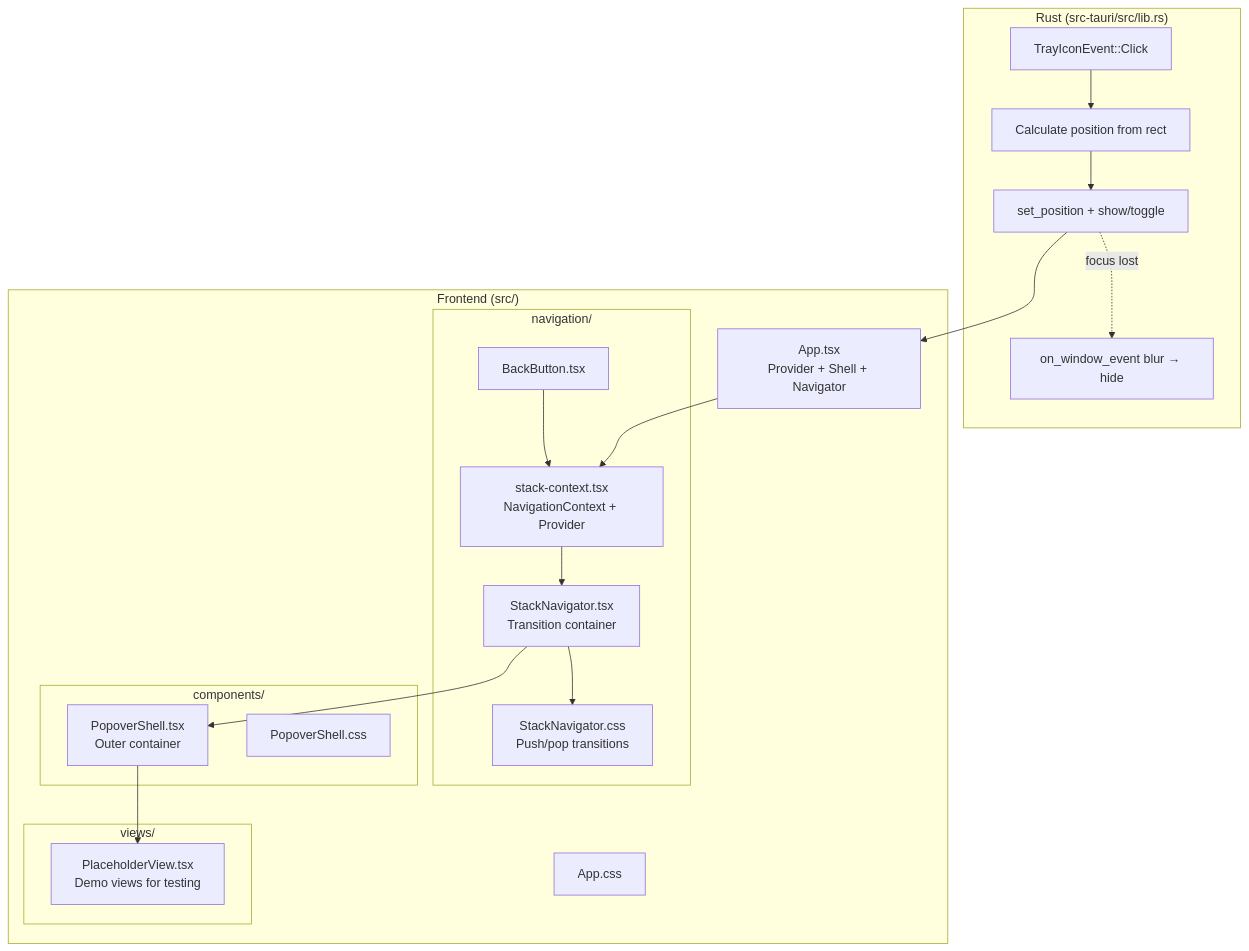
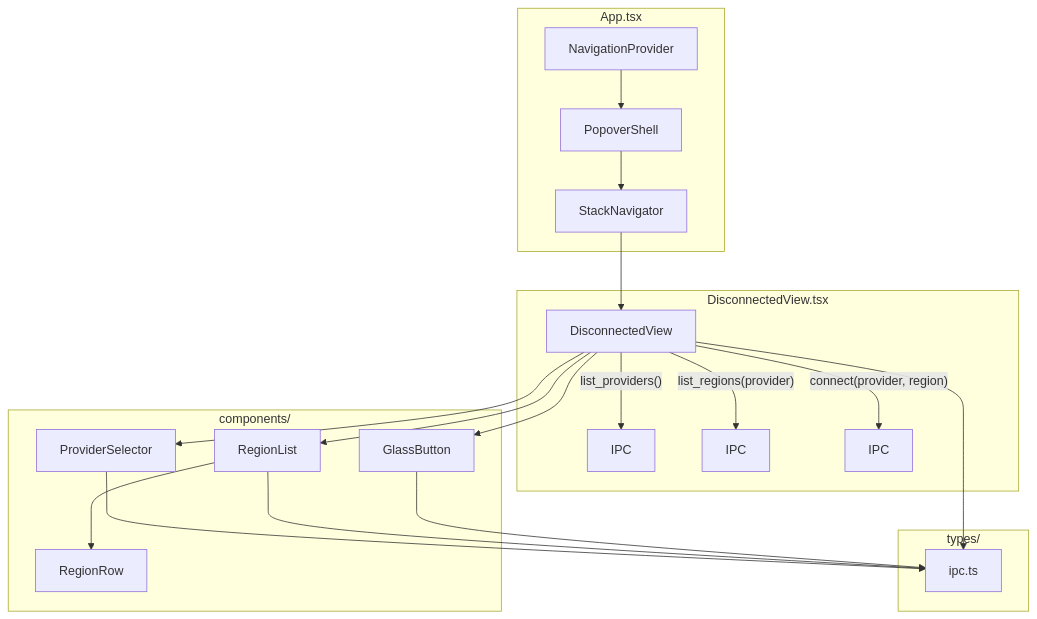
The diagram in PLAN.md (saemanas/oh-my-vpn), drawn with Mermaid before and after one commit. The commit also changed other lines of this file and 3 other files, not shown here.

First line of the commit message:
feat(ui): add M5.2 disconnected view plan and fix upstream inconsistencies

````diff
--- a/PLAN.md
+++ b/PLAN.md
@@ -62,37 +57,36 @@
 ```mermaid
 flowchart TD
-    subgraph rust["Rust (src-tauri/src/lib.rs)"]
-        TRAY[TrayIconEvent::Click]
-        POS[Calculate position from rect]
-        WIN[set_position + show/toggle]
-        BLUR[on_window_event blur → hide]
-        TRAY --> POS --> WIN
-        WIN -.->|focus lost| BLUR
+    subgraph App["App.tsx"]
+        NP[NavigationProvider]
+        PS[PopoverShell]
+        SN[StackNavigator]
     end
 
-    subgraph frontend["Frontend (src/)"]
-        subgraph nav["navigation/"]
-            CTX[stack-context.tsx<br/>NavigationContext + Provider]
-            NAV[StackNavigator.tsx<br/>Transition container]
-            CSS_NAV[StackNavigator.css<br/>Push/pop transitions]
-            BACK[BackButton.tsx]
-        end
-        subgraph shell["components/"]
-            SHELL[PopoverShell.tsx<br/>Outer container]
-            CSS_SHELL[PopoverShell.css]
-        end
-        subgraph views["views/"]
-            PH[PlaceholderView.tsx<br/>Demo views for testing]
-        end
-        APP[App.tsx<br/>Provider + Shell + Navigator]
-        CSS_APP[App.css]
+    subgraph DisconnectedView["DisconnectedView.tsx"]
+        DV[DisconnectedView]
+        DV -->|"list_providers()"| IPC1[IPC]
+        DV -->|"list_regions(provider)"| IPC2[IPC]
+        DV -->|"connect(provider, region)"| IPC3[IPC]
     end
 
-    WIN --> APP
-    APP --> CTX
-    CTX --> NAV
-    NAV --> SHELL
-    SHELL --> PH
-    NAV --> CSS_NAV
-    BACK --> CTX
+    subgraph Components["components/"]
+        PSel[ProviderSelector]
+        RL[RegionList]
+        RR[RegionRow]
+        GB[GlassButton]
+    end
+
+    subgraph Types["types/"]
+        IT[ipc.ts]
+    end
+
+    NP --> PS --> SN --> DV
+    DV --> PSel
+    DV --> RL
+    RL --> RR
+    DV --> GB
+    DV --> IT
+    PSel --> IT
+    RL --> IT
+    GB --> IT
 ```
````
